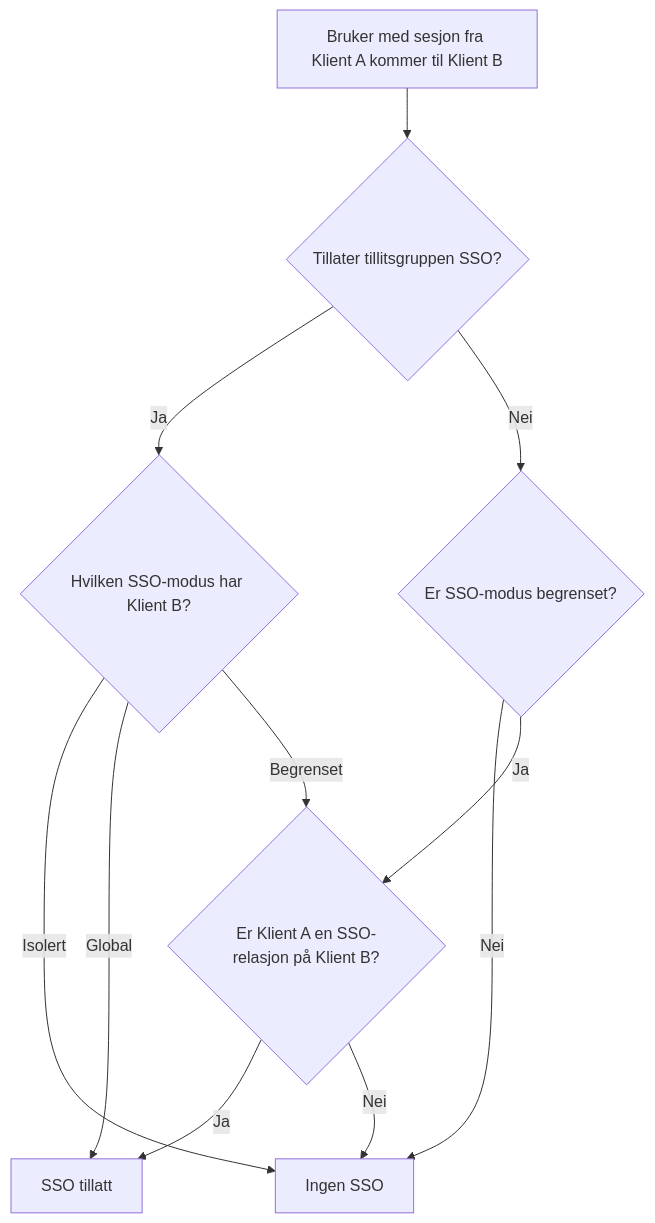
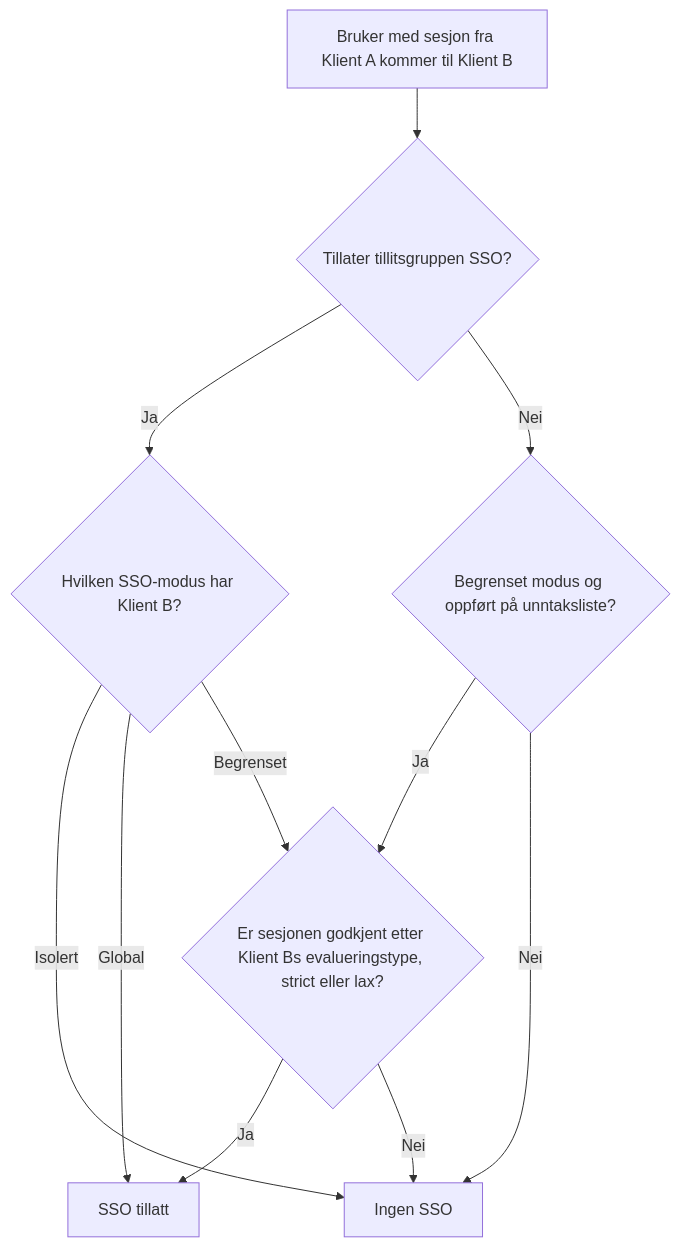
One commit to felleslosninger/docs changed the second of 3 diagrams in _docs/idporten/oidc/oidc_sso_grupper.md. Above: the diagram before and after it, drawn with Mermaid. The commit also changed other lines of this file, not shown here.

First line of the commit message:
ID-7136: spisse SSO-grupper-teksten (#692)

```diff
--- a/_docs/idporten/oidc/oidc_sso_grupper.md
+++ b/_docs/idporten/oidc/oidc_sso_grupper.md
@@ -90,13 +110,13 @@
 <div class="mermaid">
 graph TD
     A[Bruker med sesjon fra Klient A kommer til Klient B] --> B{Tillater tillitsgruppen SSO?}
     B -- Ja --> C{Hvilken SSO-modus har Klient B?}
     C -- Isolert --> X[Ingen SSO]
     C -- Global --> D[SSO tillatt]
-    C -- Begrenset --> E{Er Klient A en SSO-relasjon på Klient B?}
+    C -- Begrenset --> E{Er sesjonen godkjent etter Klient Bs evalueringstype, strict eller lax?}
     E -- Ja --> D
     E -- Nei --> X
-    B -- Nei --> F{Er SSO-modus begrenset?}
+    B -- Nei --> F{Begrenset modus og oppført på unntaksliste?}
+    F -- Ja --> E
     F -- Nei --> X
-    F -- Ja --> E{Er Klient A en SSO-relasjon på Klient B?}
 </div>
```
